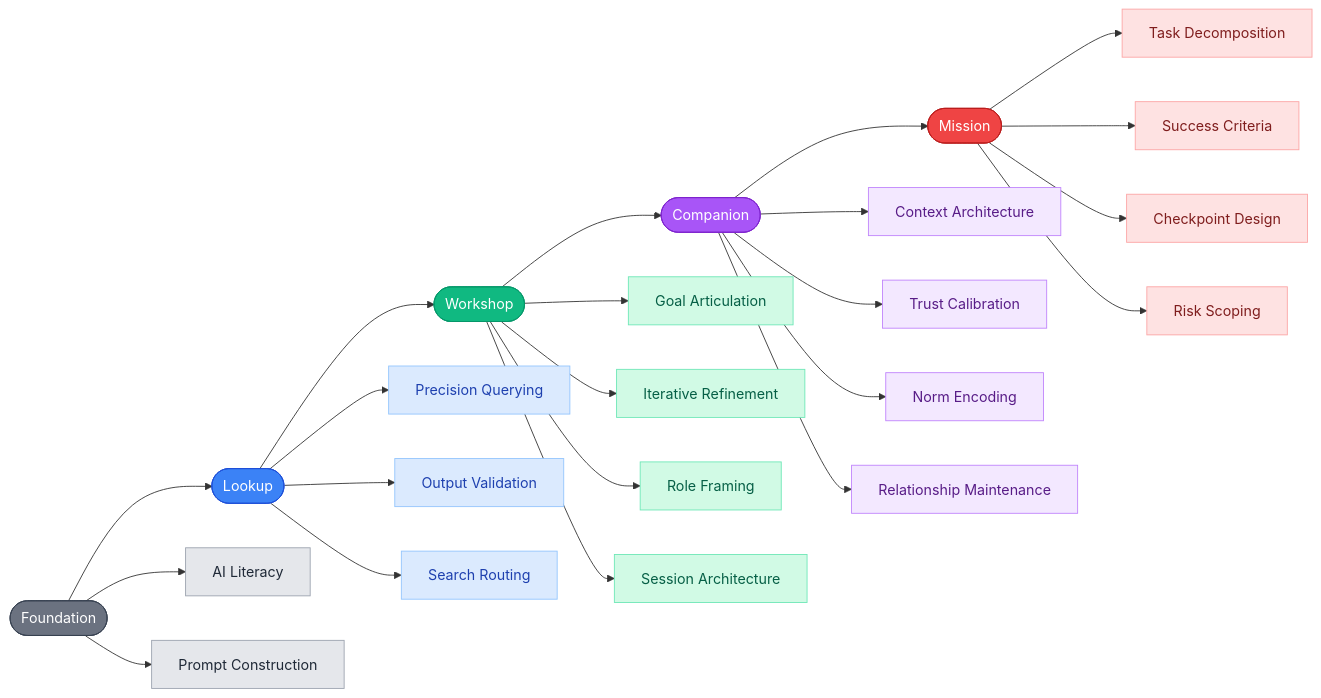
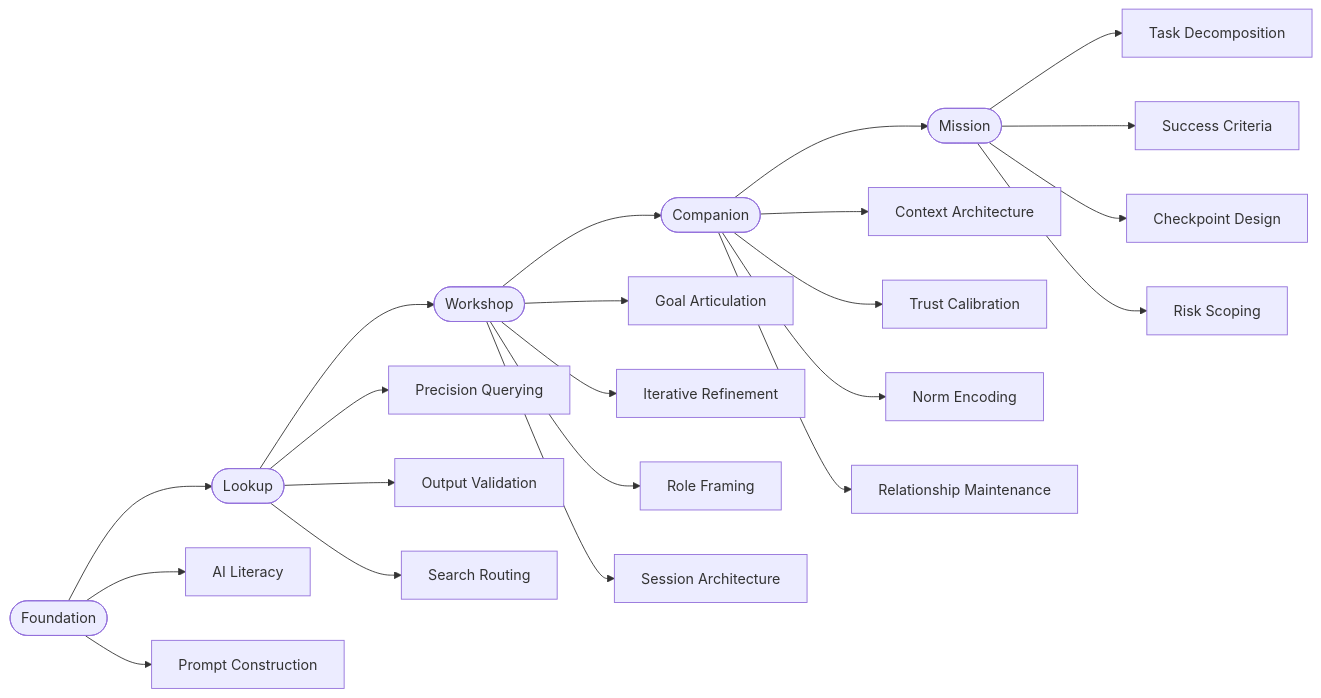
Before and after one commit to heichblatt/heichblatt.github.io: the diagram in content/posts/ai-collaboration-skill-tree.md, drawn with Mermaid.

Commit message:
Simplify diagram: remove all class styling
Just the graph structure: stadium-shaped mode nodes connected in a spine,
rectangular skill nodes branching off. No color definitions or class
assignments—cleaner, less visual noise.

https://claude.ai/code/session_01EQh36T6ADDpiw64icHBoJM

````diff
--- a/content/posts/ai-collaboration-skill-tree.md
+++ b/content/posts/ai-collaboration-skill-tree.md
@@ -17,28 +17,10 @@
 ```mermaid
 graph LR
-    F_MODE(["Foundation"]):::foundation_mode --> L_MODE(["Lookup"]):::lookup_mode --> W_MODE(["Workshop"]):::workshop_mode --> C_MODE(["Companion"]):::companion_mode --> M_MODE(["Mission"]):::mission_mode
+    F_MODE(["Foundation"]) --> L_MODE(["Lookup"]) --> W_MODE(["Workshop"]) --> C_MODE(["Companion"]) --> M_MODE(["Mission"])
 
     F_MODE --> F1[AI Literacy] & F2[Prompt Construction]
     L_MODE --> L1[Precision Querying] & L2[Output Validation] & L3[Search Routing]
     W_MODE --> W1[Goal Articulation] & W2[Iterative Refinement] & W3[Role Framing] & W4[Session Architecture]
     C_MODE --> C1[Context Architecture] & C2[Trust Calibration] & C3[Norm Encoding] & C4[Relationship Maintenance]
     M_MODE --> M1[Task Decomposition] & M2[Success Criteria] & M3[Checkpoint Design] & M4[Risk Scoping]
-
-    classDef foundation fill:#e5e7eb,color:#1f2937,stroke:#9ca3af
-    classDef lookup fill:#dbeafe,color:#1e40af,stroke:#93c5fd
-    classDef workshop fill:#d1fae5,color:#065f46,stroke:#6ee7b7
-    classDef companion fill:#f3e8ff,color:#581c87,stroke:#c084fc
-    classDef mission fill:#fee2e2,color:#7f1d1d,stroke:#fca5a5
-
-    classDef foundation_mode fill:#6b7280,color:#fff,stroke:#374151
-    classDef lookup_mode fill:#3b82f6,color:#fff,stroke:#1d4ed8
-    classDef workshop_mode fill:#10b981,color:#fff,stroke:#059669
-    classDef companion_mode fill:#a855f7,color:#fff,stroke:#7e22ce
-    classDef mission_mode fill:#ef4444,color:#fff,stroke:#b91c1c
-
-    class F1,F2 foundation
-    class L1,L2,L3 lookup
-    class W1,W2,W3,W4 workshop
-    class C1,C2,C3,C4 companion
-    class M1,M2,M3,M4 mission
 ```
````
